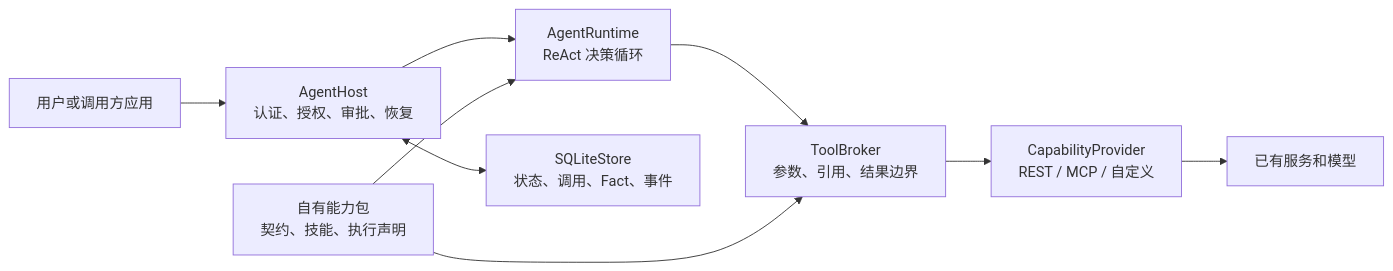
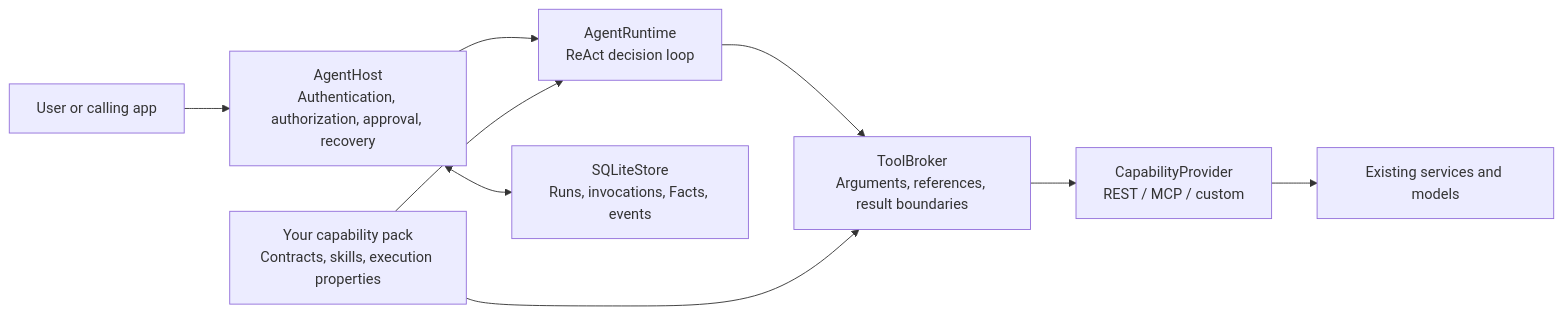
Before and after one commit to KHG420/agenstra: the diagram in README.md, drawn with Mermaid. The commit also changed other lines of this file and 2 other files, not shown here.

````diff
--- a/README.md
+++ b/README.md
@@ -15,11 +17,11 @@
 ```mermaid
 flowchart LR
-    U[用户或调用方应用] --> H[AgentHost\n认证、授权、审批、恢复]
-    H --> R[AgentRuntime\nReAct 决策循环]
-    R --> B[ToolBroker\n参数、引用、结果边界]
-    P[自有能力包\n契约、技能、执行声明] --> R
+    U[User or calling app] --> H[AgentHost\nAuthentication, authorization, approval, recovery]
+    H --> R[AgentRuntime\nReAct decision loop]
+    R --> B[ToolBroker\nArguments, references, result boundaries]
+    P[Your capability pack\nContracts, skills, execution properties] --> R
     P --> B
-    B --> C[CapabilityProvider\nREST / MCP / 自定义]
-    C --> E[已有服务和模型]
-    H <--> S[SQLiteStore\n状态、调用、Fact、事件]
+    B --> C[CapabilityProvider\nREST / MCP / custom]
+    C --> E[Existing services and models]
+    H <--> S[SQLiteStore\nRuns, invocations, Facts, events]
 ```
````
